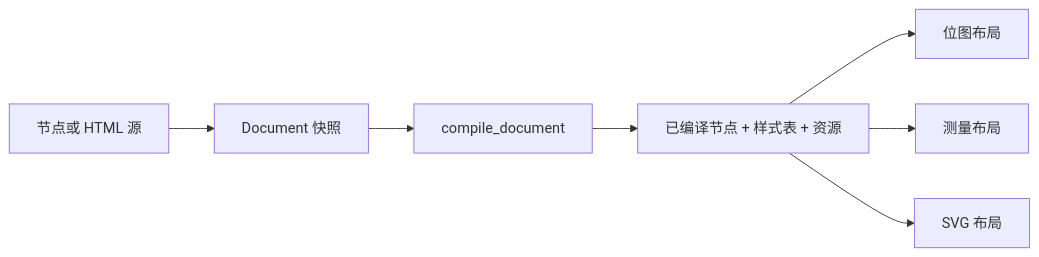
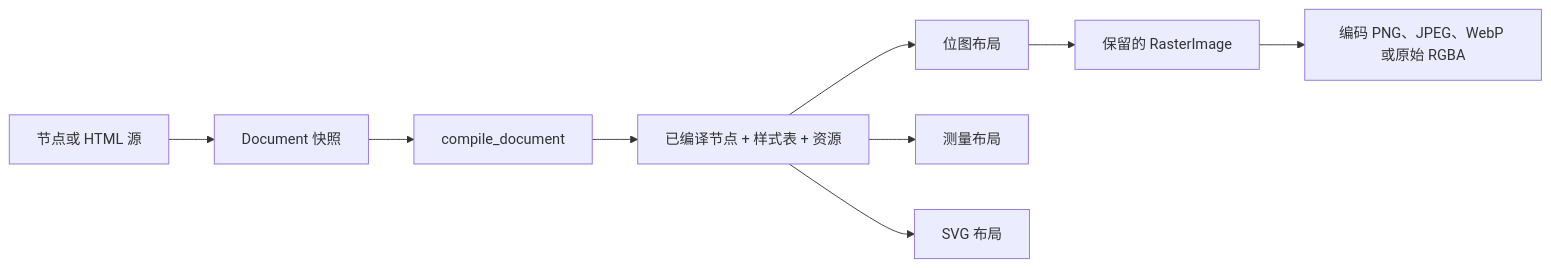
Before and after one commit to BalconyJH/takumi-py: the diagram in docs/zh/guides/documents.md, drawn with Mermaid. The commit also changed other lines of this file and 45 other files, not shown here.

````diff
--- a/docs/zh/guides/documents.md
+++ b/docs/zh/guides/documents.md
@@ -18,9 +19,11 @@
 ```mermaid
 flowchart LR
     S["节点或 HTML 源"] --> D["Document 快照"]
     D --> C["compile_document"]
     C --> N["已编译节点 + 样式表 + 资源"]
     N --> L1["位图布局"]
+    L1 --> P["保留的 RasterImage"]
+    P --> E["编码 PNG、JPEG、WebP 或原始 RGBA"]
     N --> L2["测量布局"]
     N --> L3["SVG 布局"]
 ```
````
